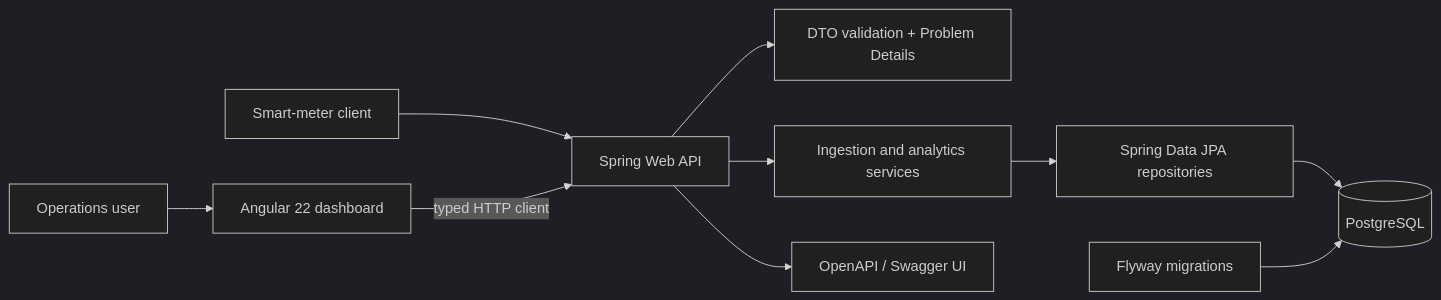
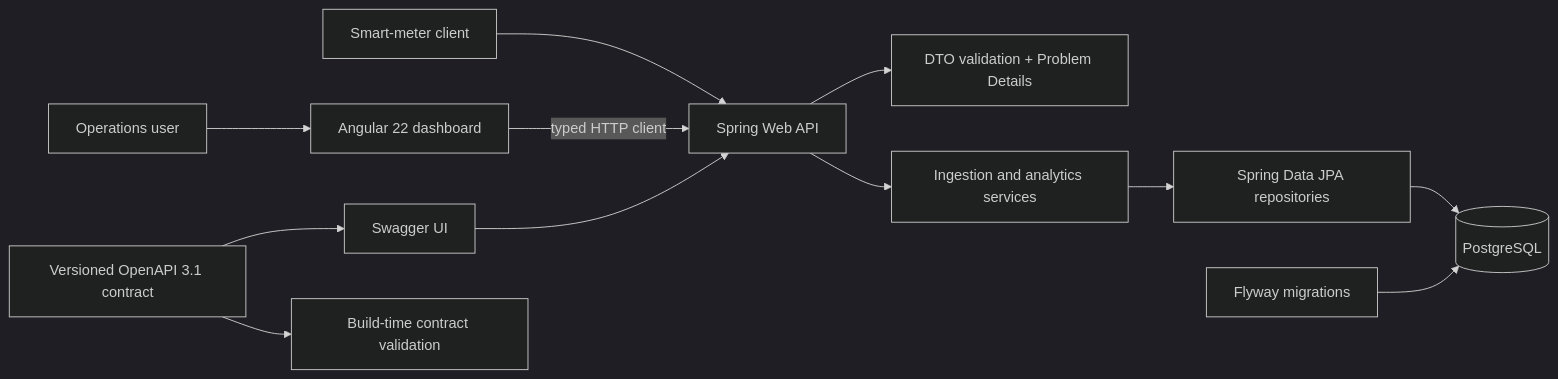
The diagram in README.md (General-Iroh32/smart-grid-energy-api), drawn with Mermaid (dark theme) before and after one commit. The commit also changed other lines of this file and 3 other files, not shown here.

````diff
--- a/README.md
+++ b/README.md
@@ -22,12 +26,14 @@
 ```mermaid
 flowchart LR
     Operator[Operations user] --> UI[Angular 22 dashboard]
     Meter[Smart-meter client] --> API
     UI -->|typed HTTP client| API[Spring Web API]
     API --> Validation[DTO validation + Problem Details]
     API --> Services[Ingestion and analytics services]
     Services --> Repositories[Spring Data JPA repositories]
     Repositories --> DB[(PostgreSQL)]
     Flyway[Flyway migrations] --> DB
-    API --> Docs[OpenAPI / Swagger UI]
+    Contract[Versioned OpenAPI 3.1 contract] --> Docs[Swagger UI]
+    Contract --> Tests[Build-time contract validation]
+    Docs --> API
 ```
````
